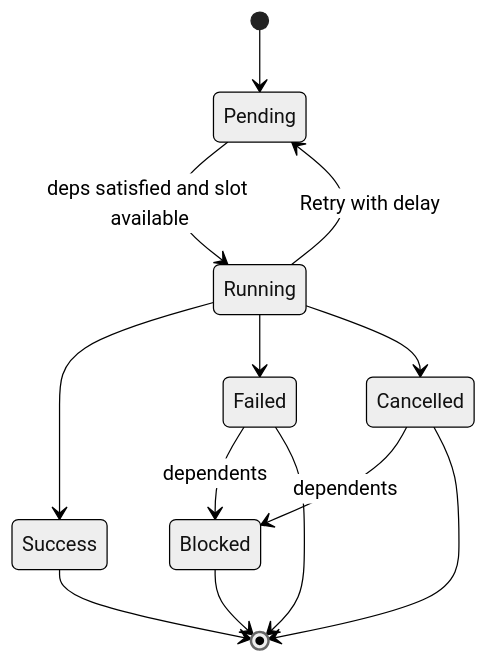
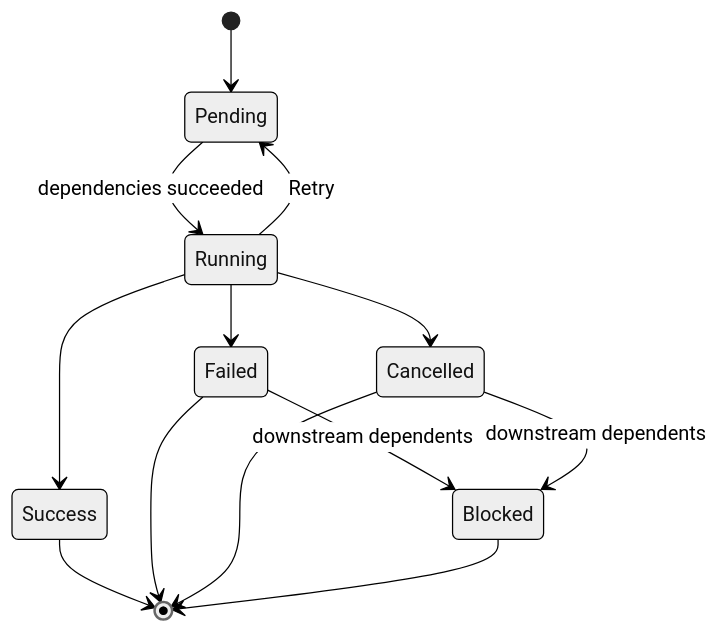
One commit to tomerweller/henyey changed the diagram in crates/work/README.md. Above: the diagram before and after it, drawn with Mermaid (neutral theme). The commit also changed other lines of this file and 30 other files, not shown here.

````diff
--- a/crates/work/README.md
+++ b/crates/work/README.md
@@ -11,15 +15,15 @@
 ```mermaid
 stateDiagram-v2
     [*] --> Pending
-    Pending --> Running : deps satisfied and slot available
+    Pending --> Running : dependencies succeeded
     Running --> Success
     Running --> Failed
     Running --> Cancelled
-    Running --> Pending : Retry with delay
-    Failed --> Blocked : dependents
-    Cancelled --> Blocked : dependents
-    Blocked --> [*]
+    Running --> Pending : Retry
+    Failed --> Blocked : downstream dependents
+    Cancelled --> Blocked : downstream dependents
     Success --> [*]
     Failed --> [*]
     Cancelled --> [*]
+    Blocked --> [*]
 ```
````
